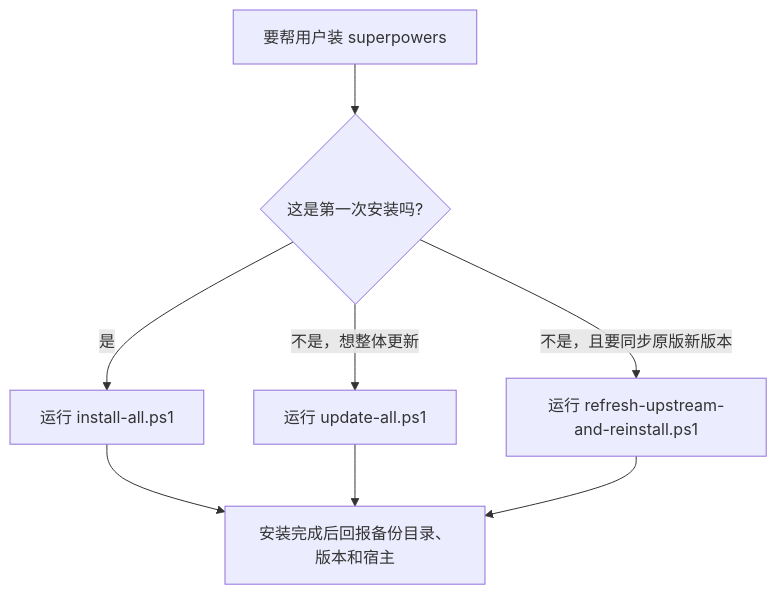
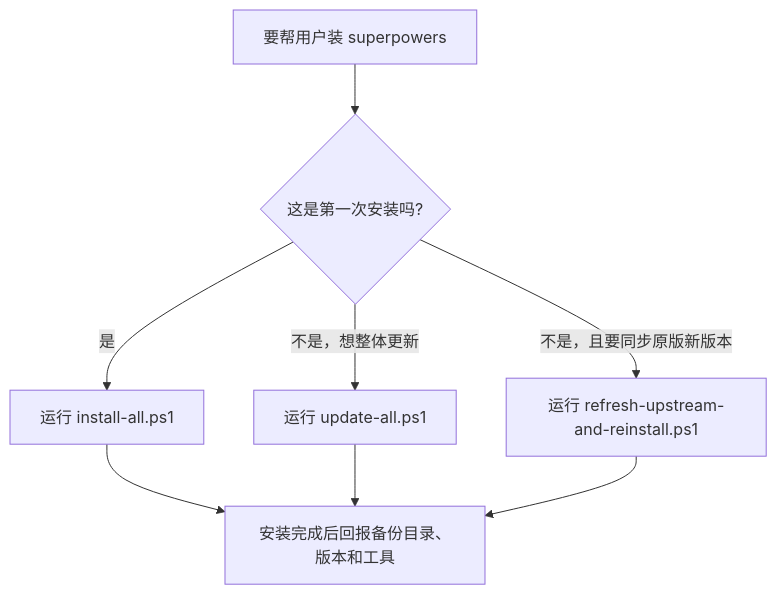
The diagram in docs/ai-agent-install.md (squallopen/superpowers-zh-adapters), drawn with Mermaid before and after one commit. The commit also changed other lines of this file and 13 other files, not shown here.

Commit message:
Polish docs and add static README flow chart

````diff
--- a/docs/ai-agent-install.md
+++ b/docs/ai-agent-install.md
@@ -40,10 +42,10 @@
 ```mermaid
 flowchart TD
     A["要帮用户装 superpowers"] --> B{"这是第一次安装吗?"}
     B -->|是| C["运行 install-all.ps1"]
     B -->|不是，想整体更新| D["运行 update-all.ps1"]
     B -->|不是，且要同步原版新版本| E["运行 refresh-upstream-and-reinstall.ps1"]
-    C --> F["安装完成后回报备份目录、版本和宿主"]
+    C --> F["安装完成后回报备份目录、版本和工具"]
     D --> F
     E --> F
 ```
````
